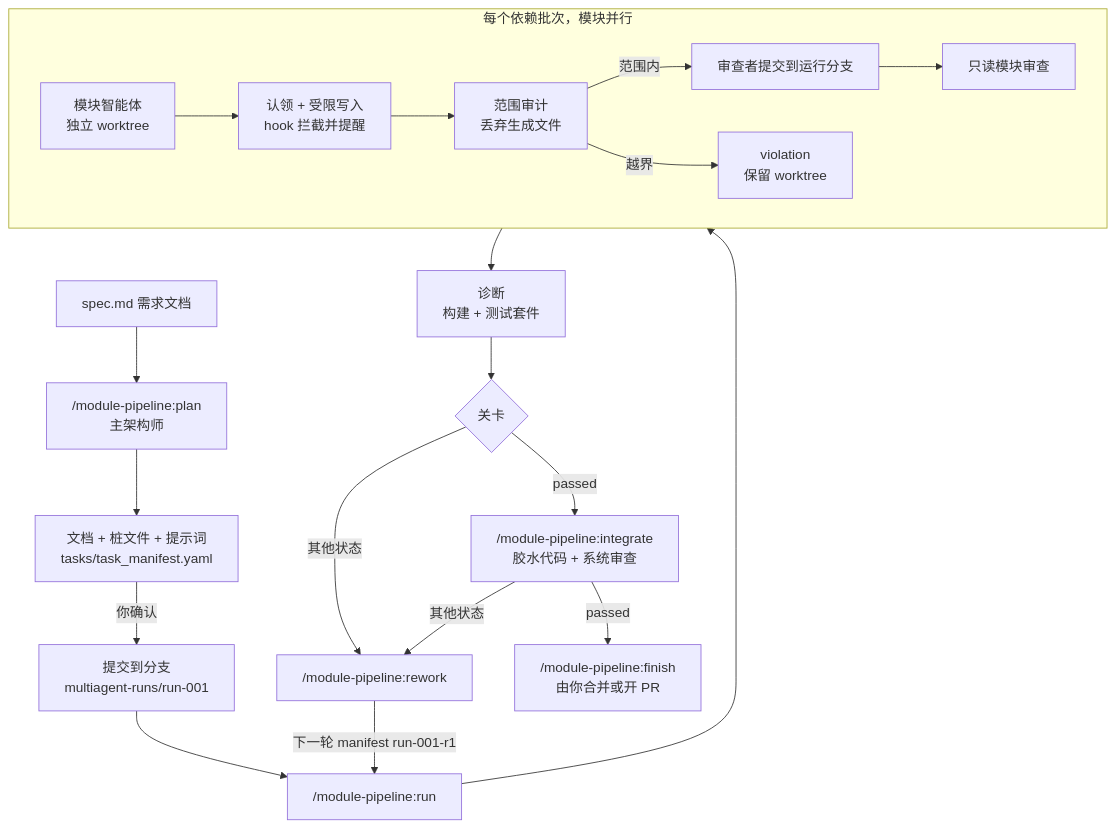
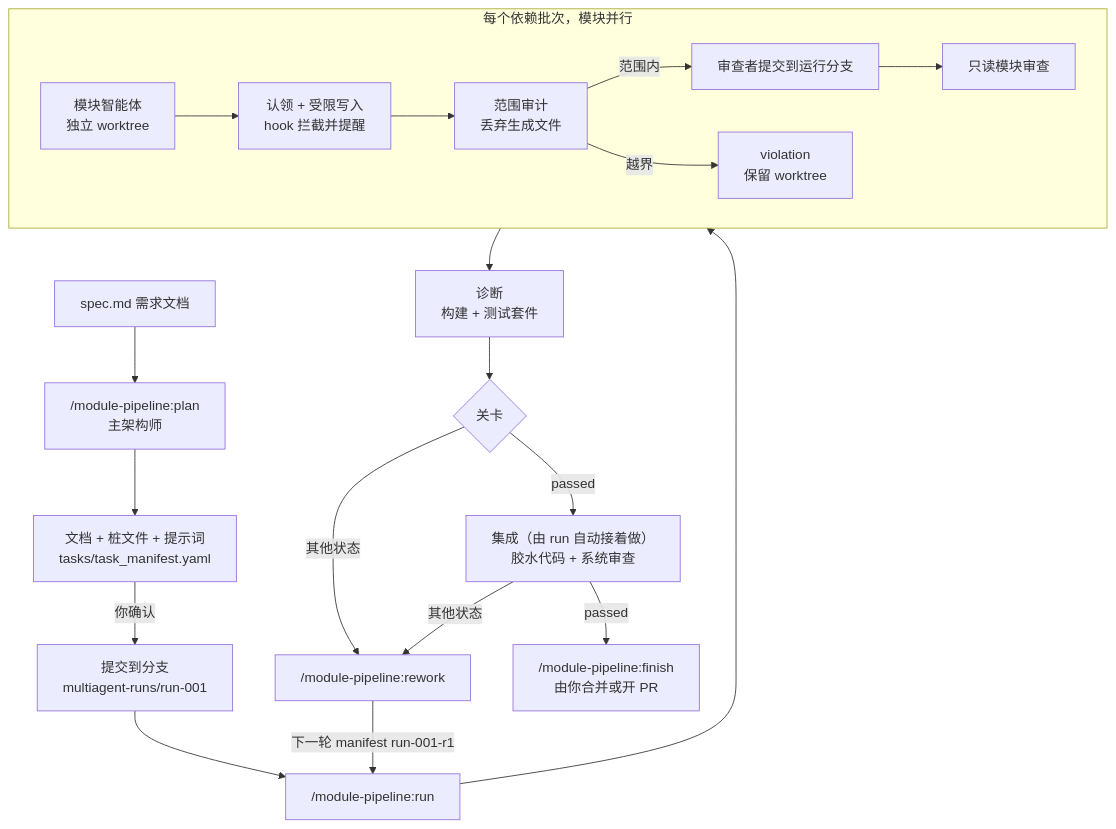
The diagram in README.zh-CN.md (spardanviro/MultiAgentGameStudio), drawn with Mermaid before and after one commit. The commit also changed other lines of this file and 10 other files, not shown here.

First line of the commit message:
feat: run goes on to the integration by itself when the module stage passes

````diff
--- a/README.zh-CN.md
+++ b/README.zh-CN.md
@@ -106,22 +106,22 @@
 ```mermaid
 flowchart TD
     S[spec.md 需求文档] --> P["/module-pipeline:plan<br/>主架构师"]
     P --> M[文档 + 桩文件 + 提示词<br/>tasks/task_manifest.yaml]
     M -->|你确认| B[提交到分支<br/>multiagent-runs/run-001]
     B --> R["/module-pipeline:run"]
     subgraph wave [每个依赖批次，模块并行]
         I[模块智能体<br/>独立 worktree] --> C[认领 + 受限写入<br/>hook 拦截并提醒]
         C --> A[范围审计<br/>丢弃生成文件]
         A -->|范围内| K[审查者提交到运行分支]
         A -->|越界| V[violation<br/>保留 worktree]
         K --> RV[只读模块审查]
     end
     R --> wave
     wave --> D[诊断<br/>构建 + 测试套件]
     D --> G{关卡}
-    G -->|passed| INT["/module-pipeline:integrate<br/>胶水代码 + 系统审查"]
+    G -->|passed| INT["集成（由 run 自动接着做）<br/>胶水代码 + 系统审查"]
     G -->|其他状态| RW["/module-pipeline:rework"]
     INT -->|passed| MERGE["/module-pipeline:finish<br/>由你合并或开 PR"]
     INT -->|其他状态| RW
     RW -->|下一轮 manifest run-001-r1| R
 ```
````
